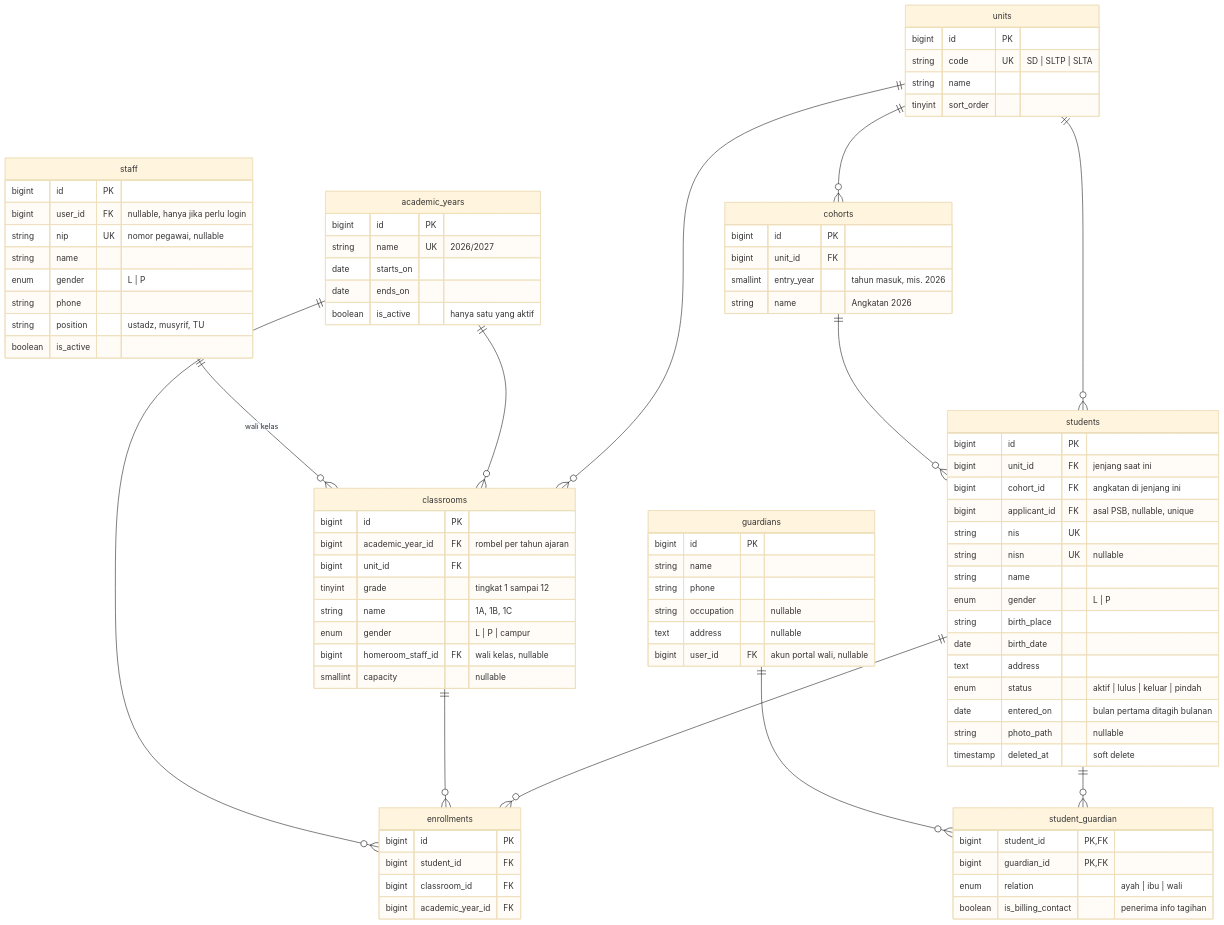
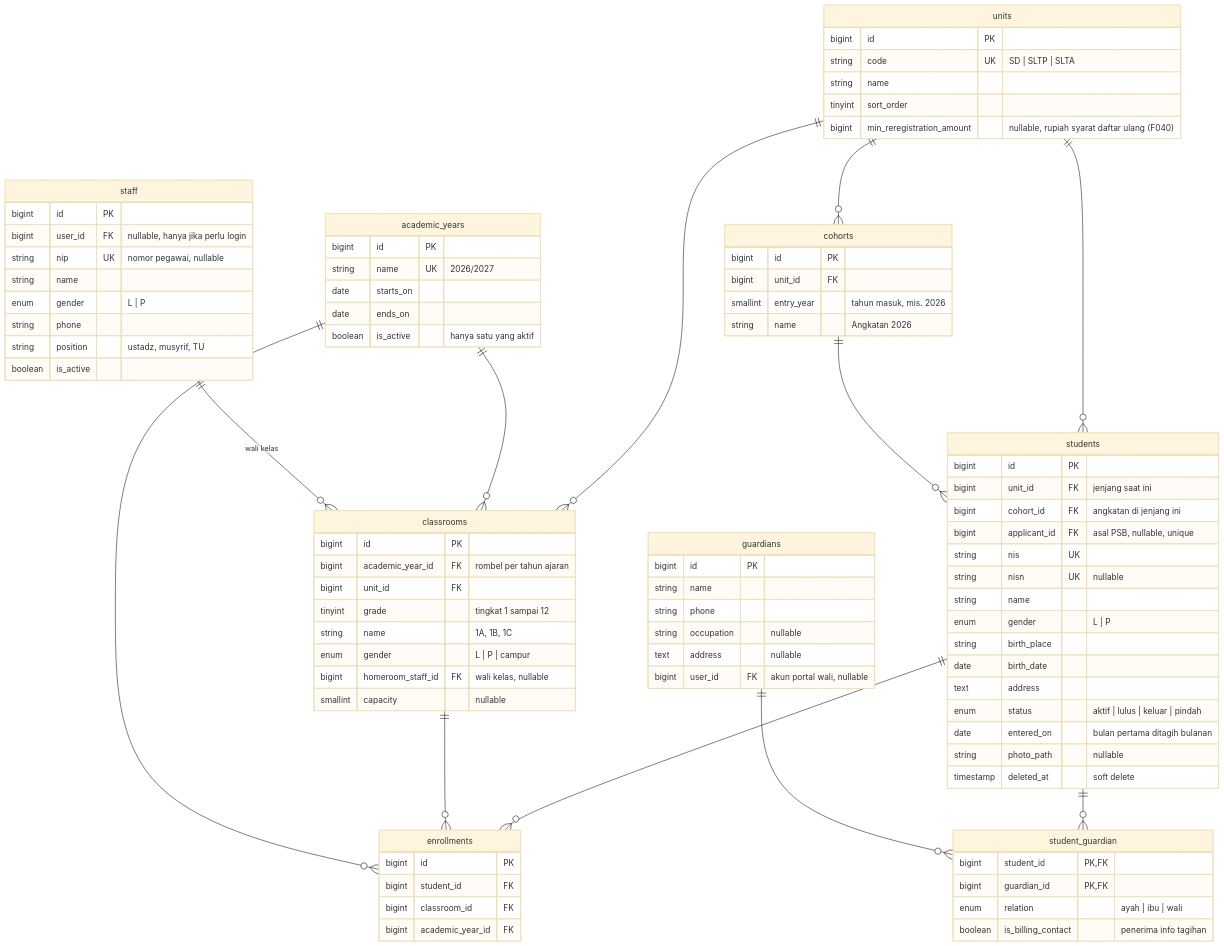
One commit to dankedev/pondok changed the second of 11 diagrams in docs/erd.md. Above: the diagram before and after it, drawn with Mermaid (base theme). The commit also changed other lines of this file and 2 other files, not shown here.

First line of the commit message:
docs(psb): syarat daftar ulang nominal di ERD

```diff
--- a/docs/erd.md
+++ b/docs/erd.md
@@ -72,6 +72,7 @@
     string code UK "SD | SLTP | SLTA"
     string name
     tinyint sort_order
+    bigint min_reregistration_amount "nullable, rupiah syarat daftar ulang (F040)"
   }
   academic_years {
     bigint id PK
```
